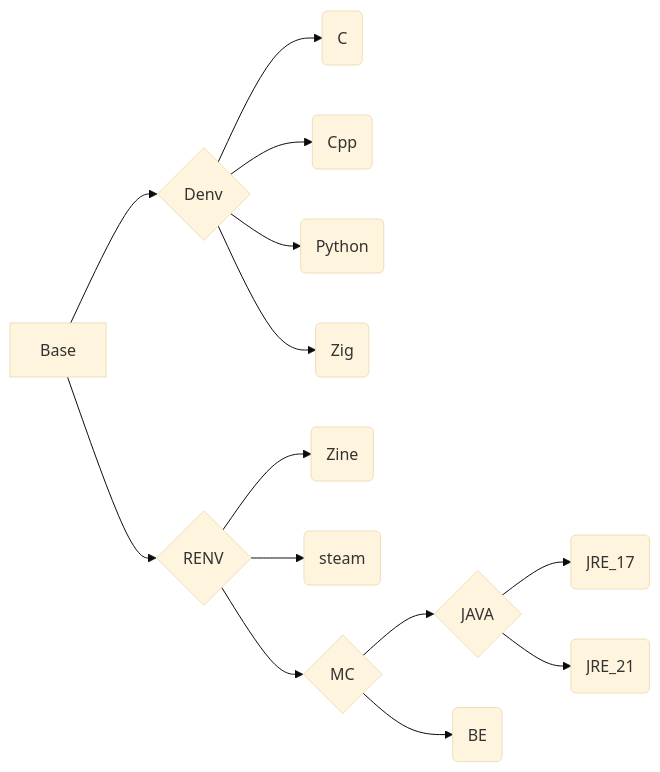
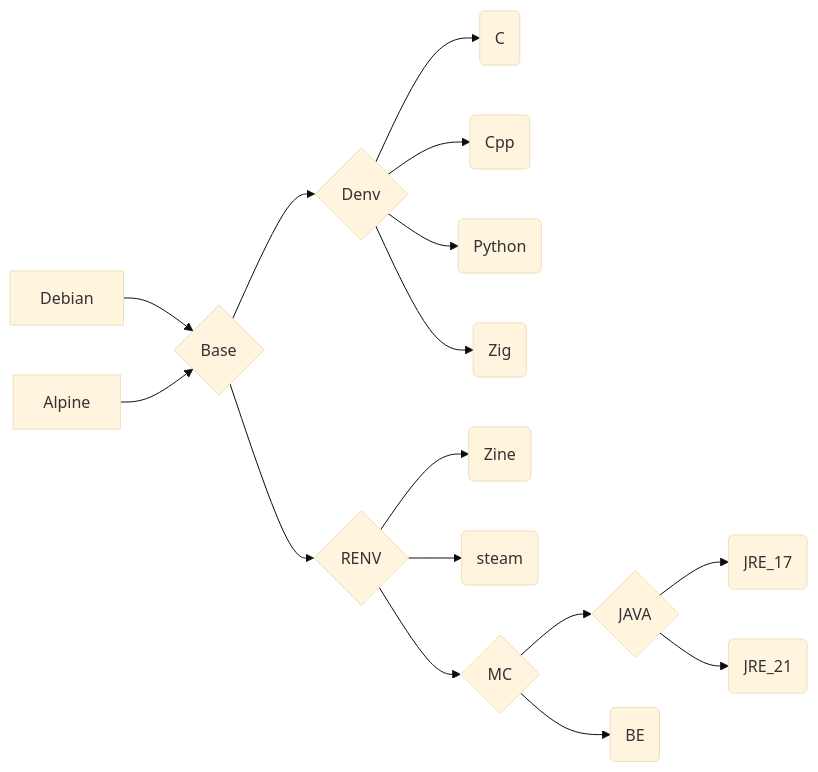
One commit to eoeair/cenv changed the diagram in README.md. Above: the diagram before and after it, drawn with Mermaid (base theme). The commit also changed other lines of this file and 38 other files, not shown here.

````diff
--- a/README.md
+++ b/README.md
@@ -19,18 +21,20 @@
 ```mermaid
 graph LR
+Debian-->B{Base}
+Alpine-->B
 
-Base-->D{Denv}
+B-->D{Denv}
 D-->DA(C)
 D-->DB(Cpp)
 D-->DC(Python)
 D-->DD(Zig)
 
-Base-->R{RENV}
+B-->R{RENV}
 R-->RA(Zine)
 R-->RB(steam)
 R-->RC{MC}
 RC-->RCA{JAVA}
 RC-->RCB(BE)
 RCA-->RCAA(JRE_17)
 RCA-->RCAB(JRE_21)
 ```
````
